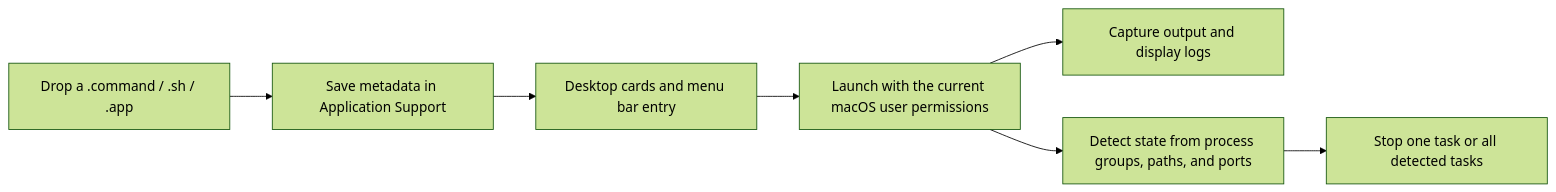
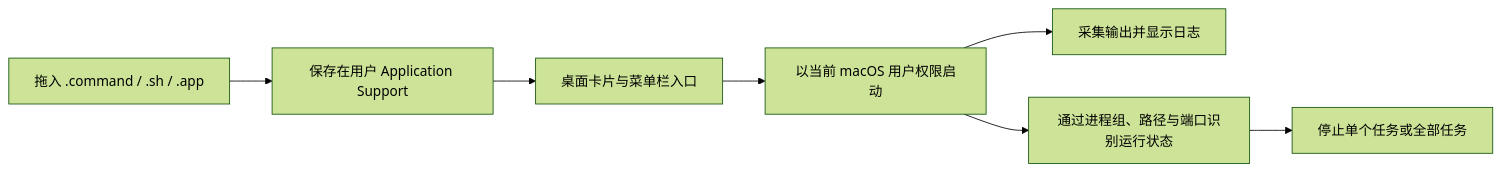
The diagram in README.md (LeoZhaorx/CommandDash), drawn with Mermaid (forest theme) before and after one commit. The commit also changed other lines of this file and 3 other files, not shown here.

````diff
--- a/README.md
+++ b/README.md
@@ -62,9 +62,9 @@
 ```mermaid
 flowchart LR
-    A["Drop a .command / .sh / .app"] --> B["Save metadata in Application Support"]
-    B --> C["Desktop cards and menu bar entry"]
-    C --> D["Launch with the current macOS user permissions"]
-    D --> E["Capture output and display logs"]
-    D --> F["Detect state from process groups, paths, and ports"]
-    F --> G["Stop one task or all detected tasks"]
+    A["拖入 .command / .sh / .app"] --> B["保存在用户 Application Support"]
+    B --> C["桌面卡片与菜单栏入口"]
+    C --> D["以当前 macOS 用户权限启动"]
+    D --> E["采集输出并显示日志"]
+    D --> F["通过进程组、路径与端口识别运行状态"]
+    F --> G["停止单个任务或全部任务"]
 ```
````
